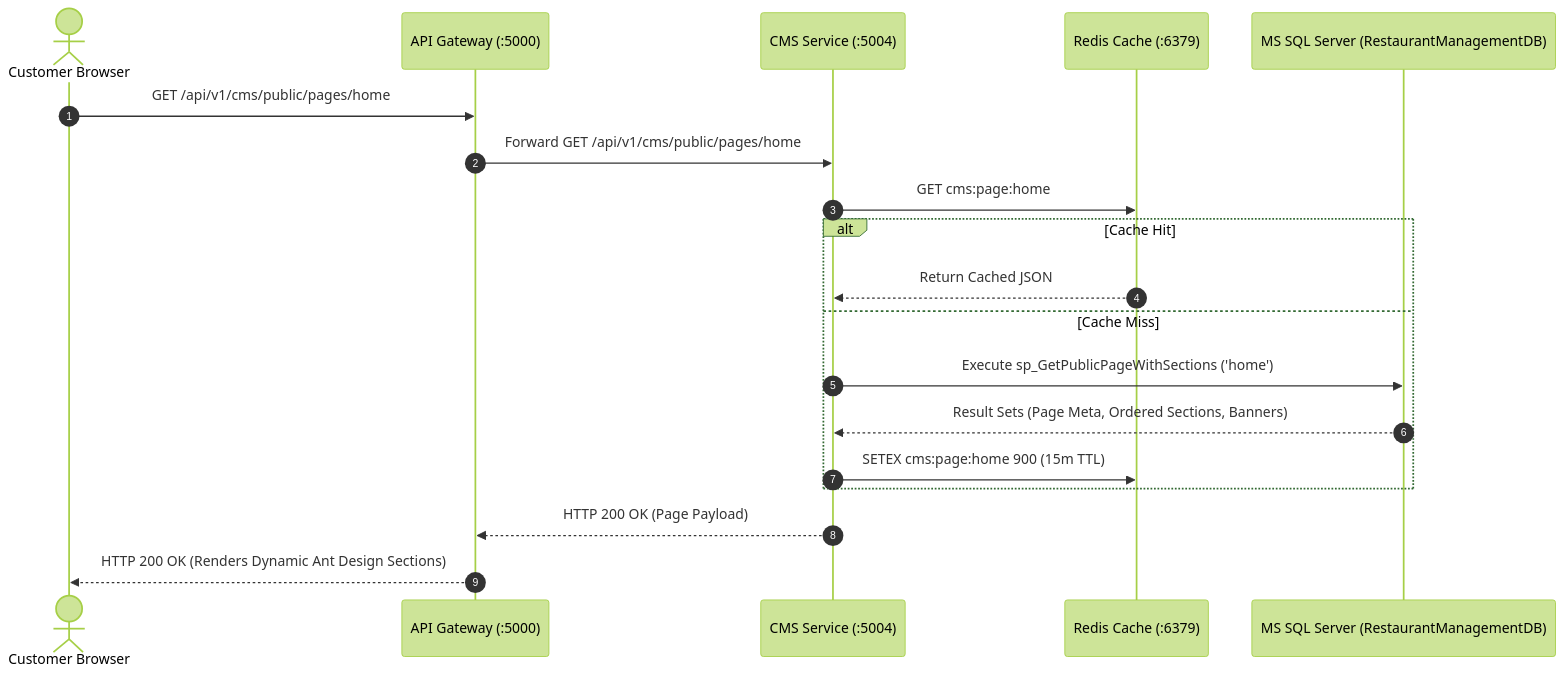
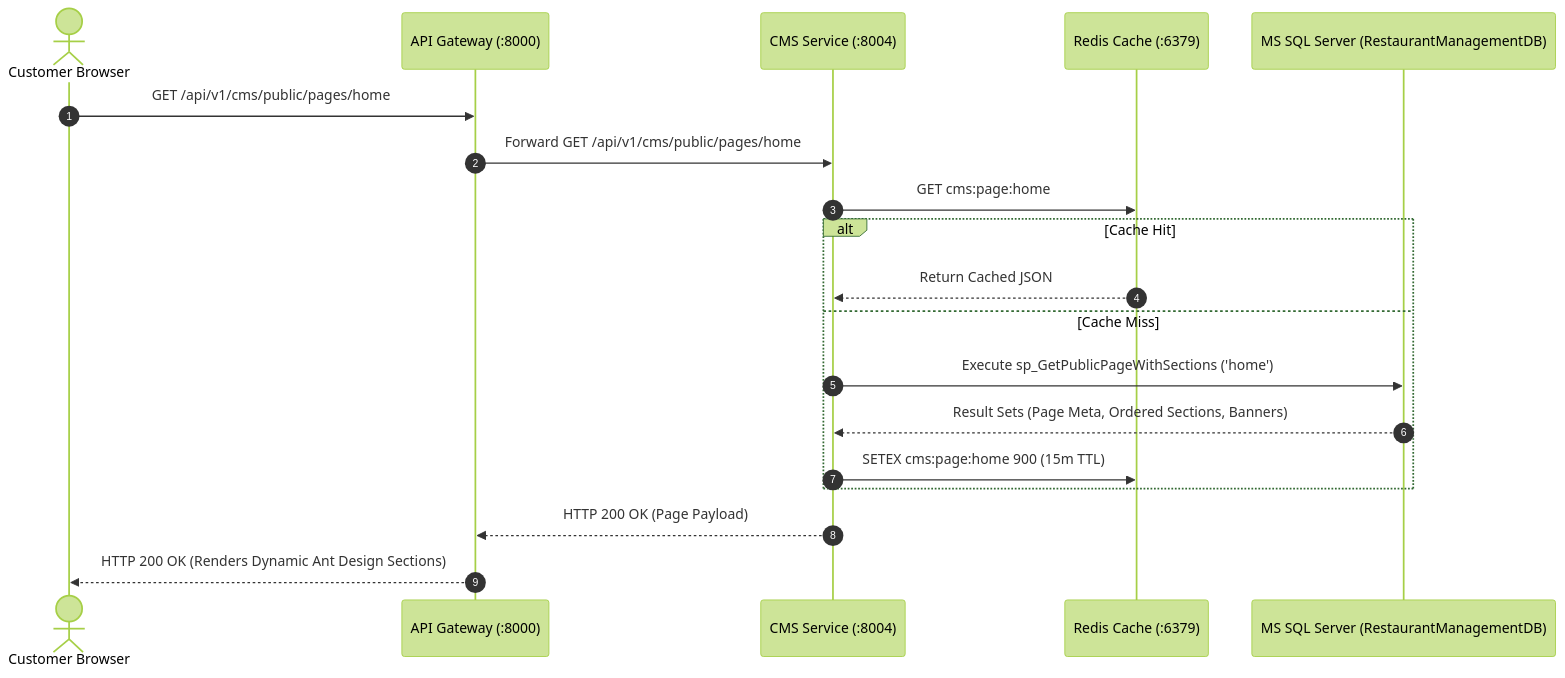
Before and after one commit to kishore-9959/restaurant-management-system: the third of 3 diagrams in documentation/SERVICE_COMMUNICATION.md, drawn with Mermaid (forest theme). The commit also changed other lines of this file and 125 other files, not shown here.

````diff
--- a/documentation/SERVICE_COMMUNICATION.md
+++ b/documentation/SERVICE_COMMUNICATION.md
@@ -152,22 +152,22 @@
 ```mermaid
 sequenceDiagram
     autonumber
     actor Guest as Customer Browser
-    participant GW as API Gateway (:5000)
-    participant CMS as CMS Service (:5004)
+    participant GW as API Gateway (:8000)
+    participant CMS as CMS Service (:8004)
     participant Redis as Redis Cache (:6379)
     participant DB as MS SQL Server (RestaurantManagementDB)
 
     Guest->>GW: GET /api/v1/cms/public/pages/home
     GW->>CMS: Forward GET /api/v1/cms/public/pages/home
     CMS->>Redis: GET cms:page:home
     alt Cache Hit
         Redis-->>CMS: Return Cached JSON
     else Cache Miss
         CMS->>DB: Execute sp_GetPublicPageWithSections ('home')
         DB-->>CMS: Result Sets (Page Meta, Ordered Sections, Banners)
         CMS->>Redis: SETEX cms:page:home 900 (15m TTL)
     end
     CMS-->>GW: HTTP 200 OK (Page Payload)
     GW-->>Guest: HTTP 200 OK (Renders Dynamic Ant Design Sections)
 ```
````
